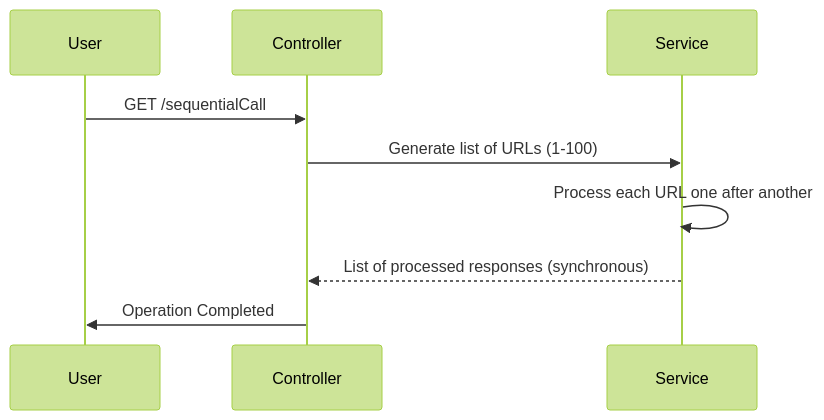
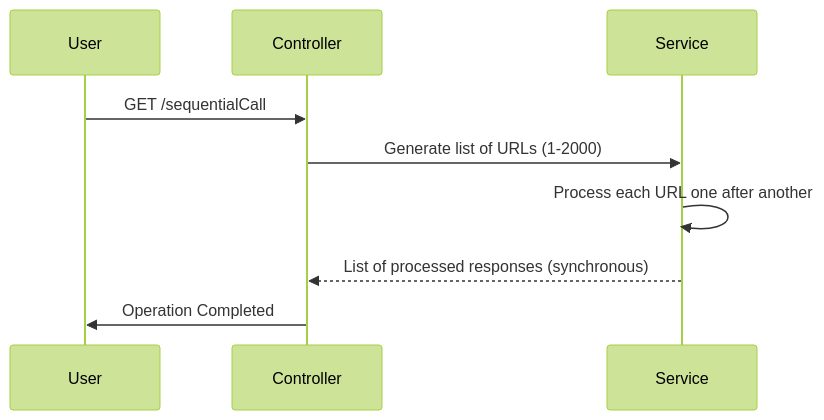
Before and after one commit to vikasjha08/spring-boot-parallel-api-call: the second of 2 diagrams in README.md, drawn with Mermaid (forest theme).

````diff
--- a/README.md
+++ b/README.md
@@ -43,11 +43,11 @@
 ```mermaid
 sequenceDiagram
     participant User
     participant Controller
     participant Service
     User->>Controller: GET /sequentialCall
-    Controller->>Service: Generate list of URLs (1-100)
+    Controller->>Service: Generate list of URLs (1-2000)
     Service->>Service: Process each URL one after another
     Service-->>Controller: List of processed responses (synchronous)
     Controller->>User: Operation Completed
 ```
````
